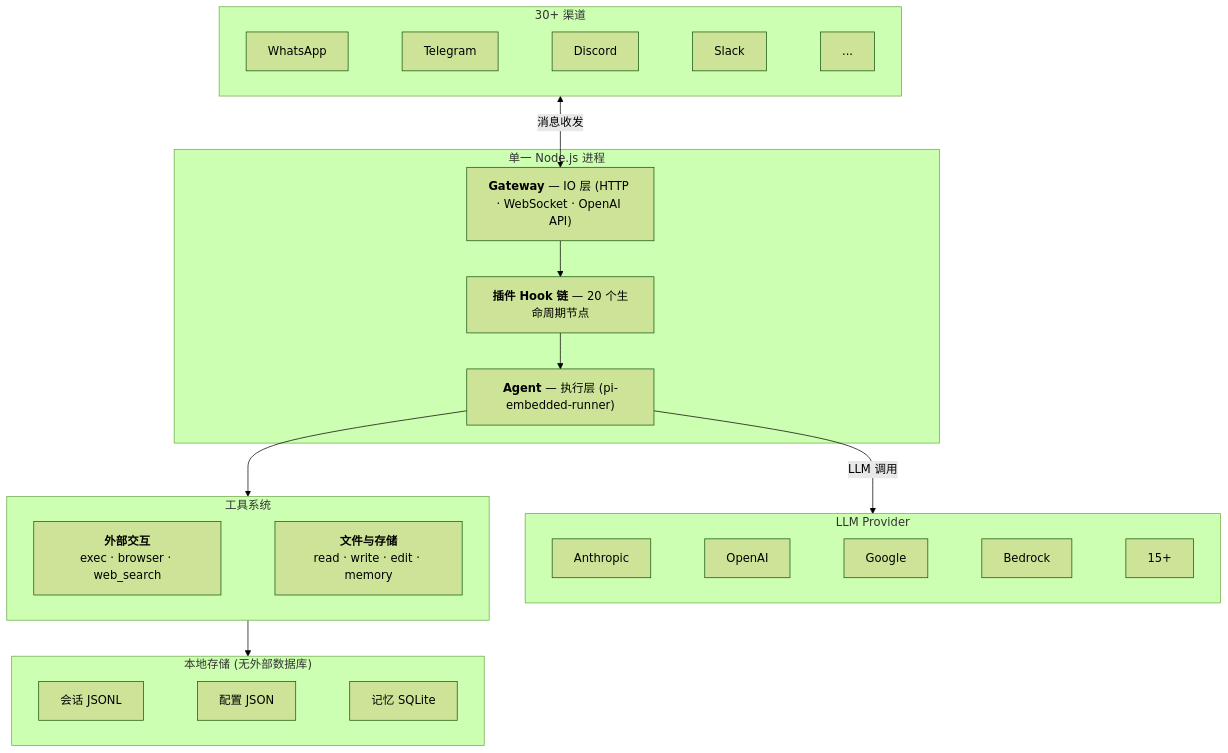
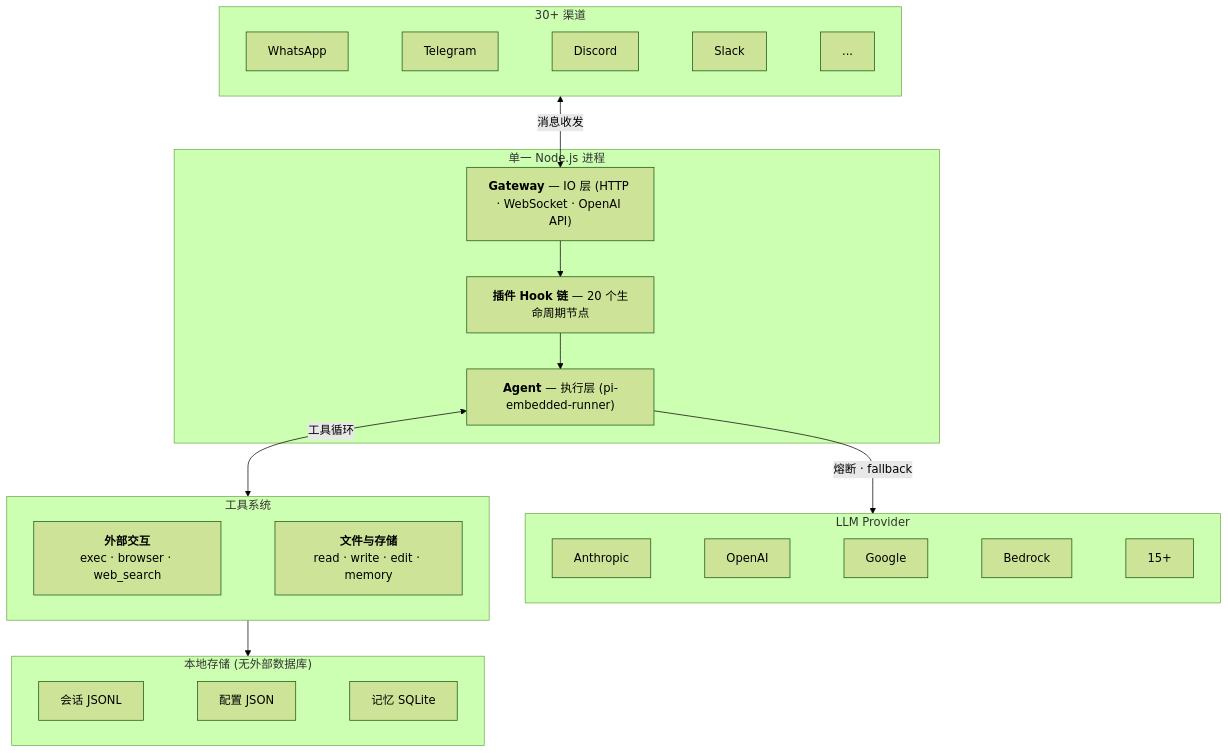
The first of 3 diagrams in _posts/2026-02-20-openclaw-architecture.md (renlulu/renlulu.github.io), drawn with Mermaid (forest theme) before and after one commit.

Commit message:
fix(blog): Update architecture diagram arrows
- Tool loop: single-direction → bidirectional to reflect the iterative
  tool call cycle
- Provider link: label with failover/circuit breaker semantics

````diff
--- a/_posts/2026-02-20-openclaw-architecture.md
+++ b/_posts/2026-02-20-openclaw-architecture.md
@@ -31,34 +31,34 @@
 ```mermaid
 graph TB
     subgraph Channels["30+ 渠道"]
         direction LR
         WA[WhatsApp] ~~~ TG[Telegram] ~~~ DC[Discord] ~~~ SL[Slack] ~~~ MORE[...]
     end
 
     subgraph Process["单一 Node.js 进程"]
         GW["<b>Gateway</b> — IO 层 (HTTP · WebSocket · OpenAI API)"]
         HOOKS["<b>插件 Hook 链</b> — 20 个生命周期节点"]
         AGENT["<b>Agent</b> — 执行层 (pi-embedded-runner)"]
     end
 
     subgraph Providers["LLM Provider"]
         direction LR
         P1[Anthropic] ~~~ P2[OpenAI] ~~~ P3[Google] ~~~ P4[Bedrock] ~~~ P5[15+]
     end
 
     subgraph Tools["工具系统"]
         direction LR
         EXT["<b>外部交互</b><br/>exec · browser · web_search"] ~~~ INT["<b>文件与存储</b><br/>read · write · edit · memory"]
     end
 
     subgraph Storage["本地存储 (无外部数据库)"]
         direction LR
         S1["会话 JSONL"] ~~~ S2["配置 JSON"] ~~~ S3["记忆 SQLite"]
     end
 
     Channels <-->|"消息收发"| GW
     GW --> HOOKS --> AGENT
-    AGENT -->|"LLM 调用"| Providers
-    AGENT --> Tools
+    AGENT -->|"熔断 · fallback"| Providers
+    AGENT <-->|"工具循环"| Tools
     INT --> Storage
 ```
````
